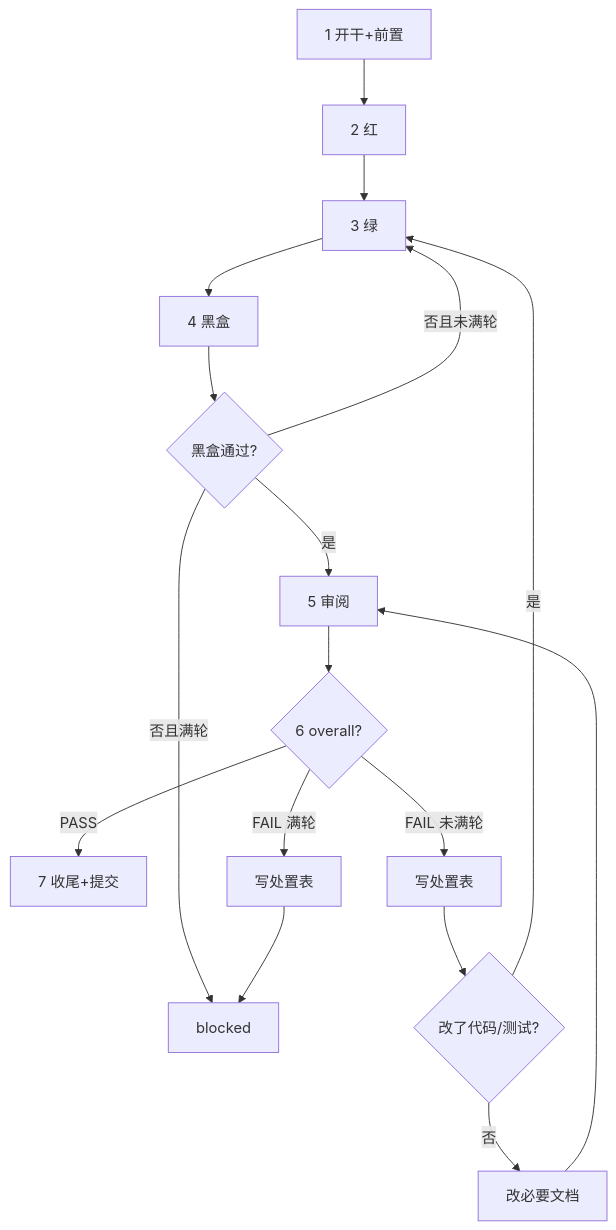
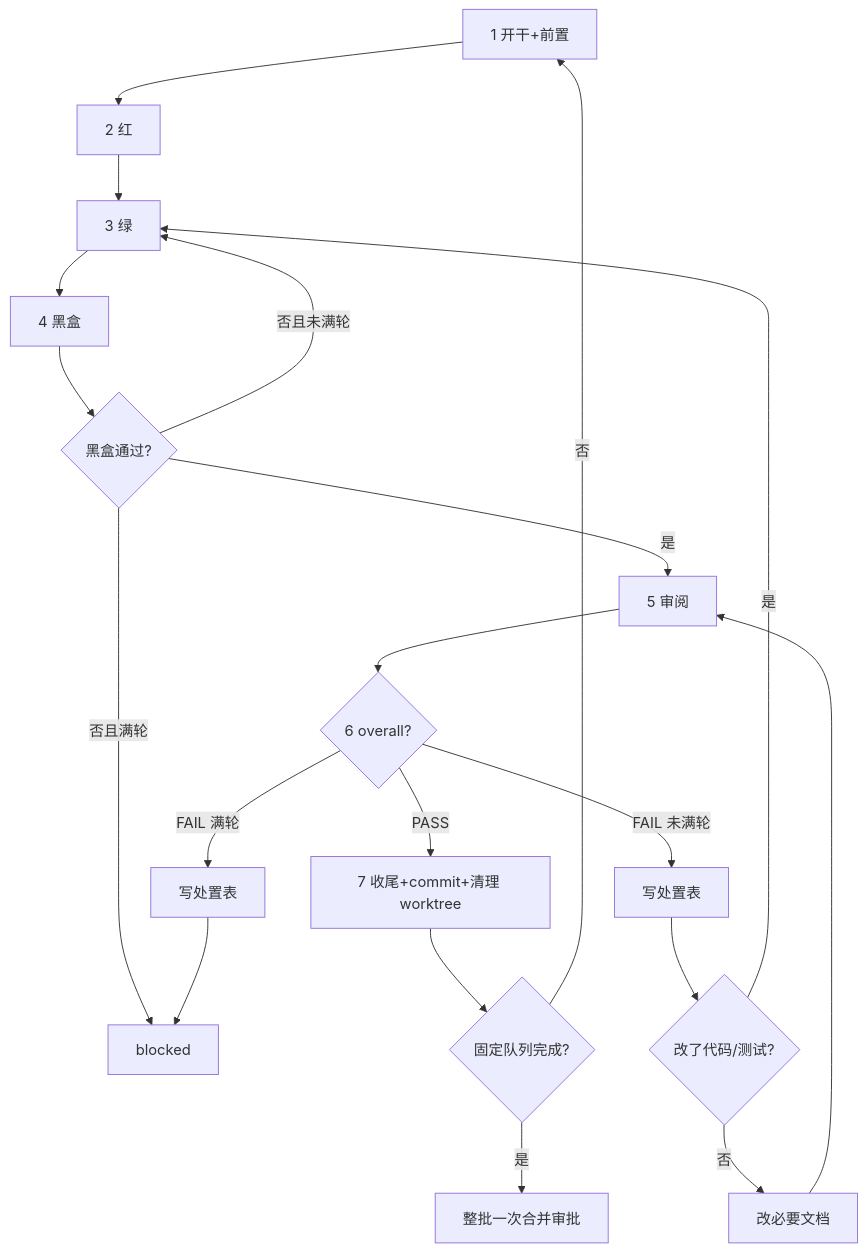
The diagram in .agents/skills/tasks-run/SKILL.md (TuTouPower/repo_template), drawn with Mermaid before and after one commit. The commit also changed other lines of this file and 12 other files, not shown here.

````diff
--- a/.agents/skills/tasks-run/SKILL.md
+++ b/.agents/skills/tasks-run/SKILL.md
@@ -39,17 +68,20 @@
 ```mermaid
 flowchart TD
     S1["1 开干+前置"] --> S2["2 红"]
     S2 --> S3["3 绿"]
     S3 --> S4["4 黑盒"]
     S4 --> B1{"黑盒通过?"}
     B1 -->|否且未满轮| S3
     B1 -->|否且满轮| BLK["blocked"]
     B1 -->|是| S5["5 审阅"]
     S5 --> D{"6 overall?"}
-    D -->|PASS| S7["7 收尾+提交"]
+    D -->|PASS| S7["7 收尾+commit+清理 worktree"]
     D -->|FAIL 未满轮| W["写处置表"]
     W --> C{"改了代码/测试?"}
     C -->|是| S3
     C -->|否| DOC["改必要文档"] --> S5
     D -->|FAIL 满轮| W2["写处置表"] --> BLK
+    S7 --> Q{"固定队列完成?"}
+    Q -->|否| S1
+    Q -->|是| APPROVE["整批一次合并审批"]
 ```
````
